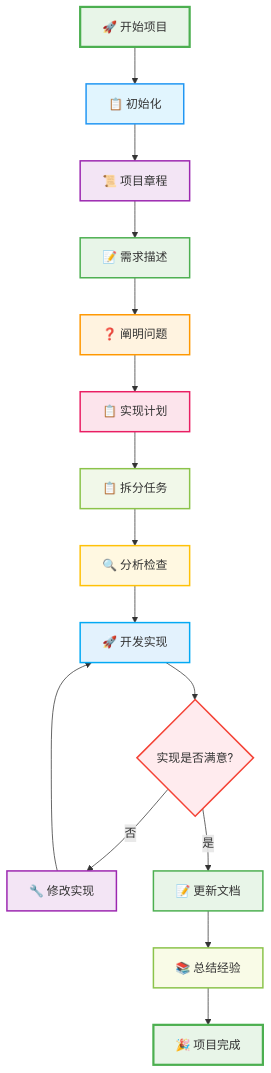
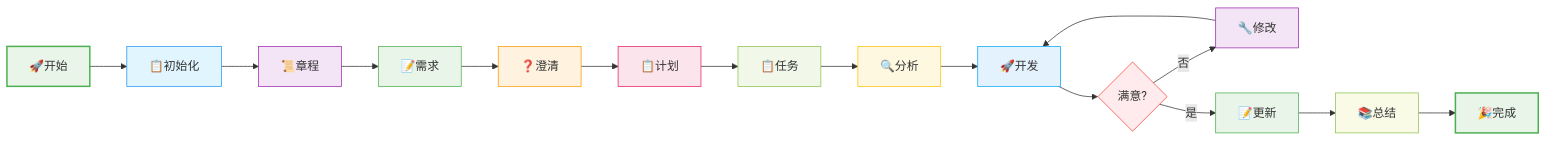
The diagram in README.md (zzusp/spec-kit-in-cursor), drawn with Mermaid before and after one commit.

````diff
--- a/README.md
+++ b/README.md
@@ -7,32 +7,32 @@
 ```mermaid
-graph TD
-    A[🚀 开始项目] --> B[📋 初始化]
-    B --> C[📜 项目章程]
-    C --> D[📝 需求描述]
-    D --> E[❓ 阐明问题]
-    E --> F[📋 实现计划]
-    F --> G[📋 拆分任务]
-    G --> H[🔍 分析检查]
-    H --> I[🚀 开发实现]
-    I --> J{实现是否满意?}
-    J -->|否| K[🔧 修改实现]
+graph LR
+    A[🚀开始] --> B[📋初始化]
+    B --> C[📜章程]
+    C --> D[📝需求]
+    D --> E[❓澄清]
+    E --> F[📋计划]
+    F --> G[📋任务]
+    G --> H[🔍分析]
+    H --> I[🚀开发]
+    I --> J{满意?}
+    J -->|否| K[🔧修改]
     K --> I
-    J -->|是| L[📝 更新文档]
-    L --> M[📚 总结经验]
-    M --> N[🎉 项目完成]
+    J -->|是| L[📝更新]
+    L --> M[📚总结]
+    M --> N[🎉完成]
     
-    style A fill:#e8f5e8,stroke:#4caf50,stroke-width:3px
-    style B fill:#e1f5fe,stroke:#2196f3,stroke-width:2px
-    style C fill:#f3e5f5,stroke:#9c27b0,stroke-width:2px
-    style D fill:#e8f5e8,stroke:#4caf50,stroke-width:2px
-    style E fill:#fff3e0,stroke:#ff9800,stroke-width:2px
-    style F fill:#fce4ec,stroke:#e91e63,stroke-width:2px
-    style G fill:#f1f8e9,stroke:#8bc34a,stroke-width:2px
-    style H fill:#fff8e1,stroke:#ffc107,stroke-width:2px
-    style I fill:#e3f2fd,stroke:#03a9f4,stroke-width:2px
-    style J fill:#ffebee,stroke:#f44336,stroke-width:2px
-    style K fill:#f3e5f5,stroke:#9c27b0,stroke-width:2px
-    style L fill:#e8f5e8,stroke:#4caf50,stroke-width:2px
-    style M fill:#f9fbe7,stroke:#8bc34a,stroke-width:2px
-    style N fill:#e8f5e8,stroke:#4caf50,stroke-width:3px
+    style A fill:#e8f5e8,stroke:#4caf50,stroke-width:2px
+    style B fill:#e1f5fe,stroke:#2196f3,stroke-width:1px
+    style C fill:#f3e5f5,stroke:#9c27b0,stroke-width:1px
+    style D fill:#e8f5e8,stroke:#4caf50,stroke-width:1px
+    style E fill:#fff3e0,stroke:#ff9800,stroke-width:1px
+    style F fill:#fce4ec,stroke:#e91e63,stroke-width:1px
+    style G fill:#f1f8e9,stroke:#8bc34a,stroke-width:1px
+    style H fill:#fff8e1,stroke:#ffc107,stroke-width:1px
+    style I fill:#e3f2fd,stroke:#03a9f4,stroke-width:1px
+    style J fill:#ffebee,stroke:#f44336,stroke-width:1px
+    style K fill:#f3e5f5,stroke:#9c27b0,stroke-width:1px
+    style L fill:#e8f5e8,stroke:#4caf50,stroke-width:1px
+    style M fill:#f9fbe7,stroke:#8bc34a,stroke-width:1px
+    style N fill:#e8f5e8,stroke:#4caf50,stroke-width:2px
 ```
````
